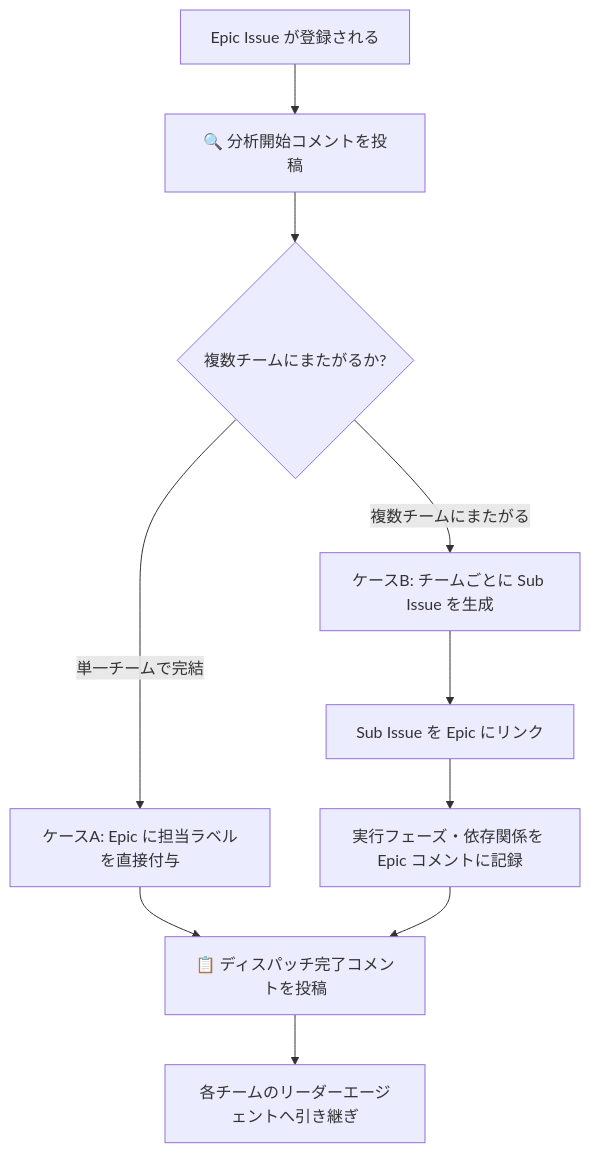
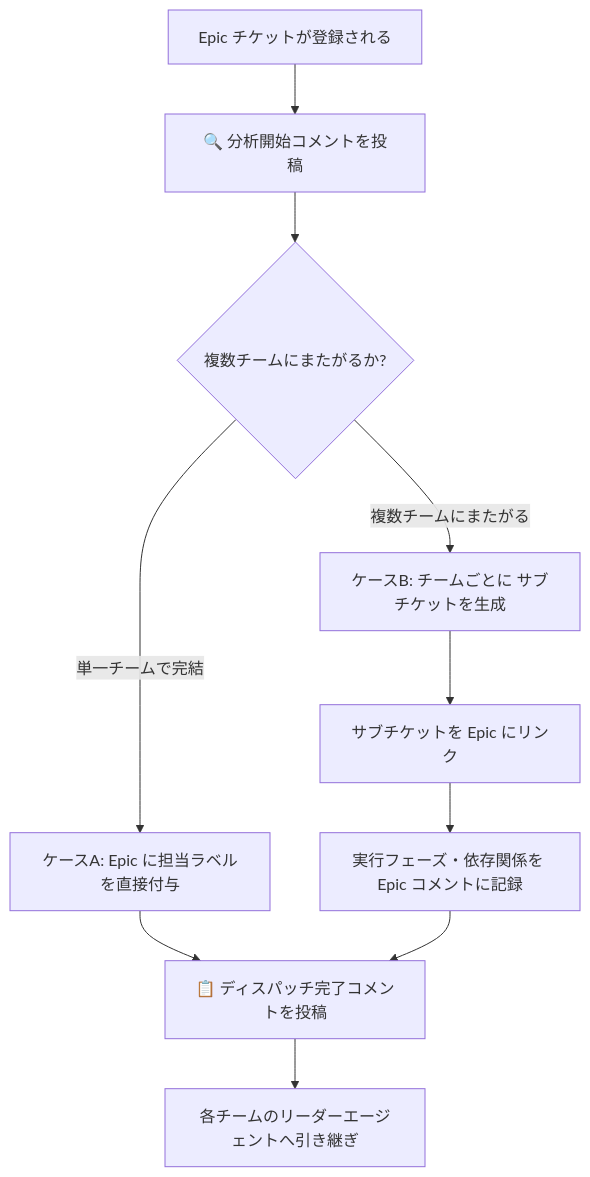
Before and after one commit to trimixjp/trimix-cc-project-template: the first of 2 diagrams in docs-src/versions/v0.23.0/agents/dispatcher.md, drawn with Mermaid. The commit also changed other lines of this file and 197 other files, not shown here.

````diff
--- a/docs-src/versions/v0.23.0/agents/dispatcher.md
+++ b/docs-src/versions/v0.23.0/agents/dispatcher.md
@@ -32,12 +32,12 @@
 ```mermaid
 flowchart TD
-    A[Epic Issue が登録される] --> B[🔍 分析開始コメントを投稿]
+    A[Epic チケットが登録される] --> B[🔍 分析開始コメントを投稿]
     B --> C{複数チームにまたがるか?}
     C -- 単一チームで完結 --> D[ケースA: Epic に担当ラベルを直接付与]
-    C -- 複数チームにまたがる --> E[ケースB: チームごとに Sub Issue を生成]
+    C -- 複数チームにまたがる --> E[ケースB: チームごとに サブチケットを生成]
     D --> F[📋 ディスパッチ完了コメントを投稿]
-    E --> G[Sub Issue を Epic にリンク]
+    E --> G[サブチケットを Epic にリンク]
     G --> H[実行フェーズ・依存関係を Epic コメントに記録]
     H --> F
     F --> I[各チームのリーダーエージェントへ引き継ぎ]
 ```
````
